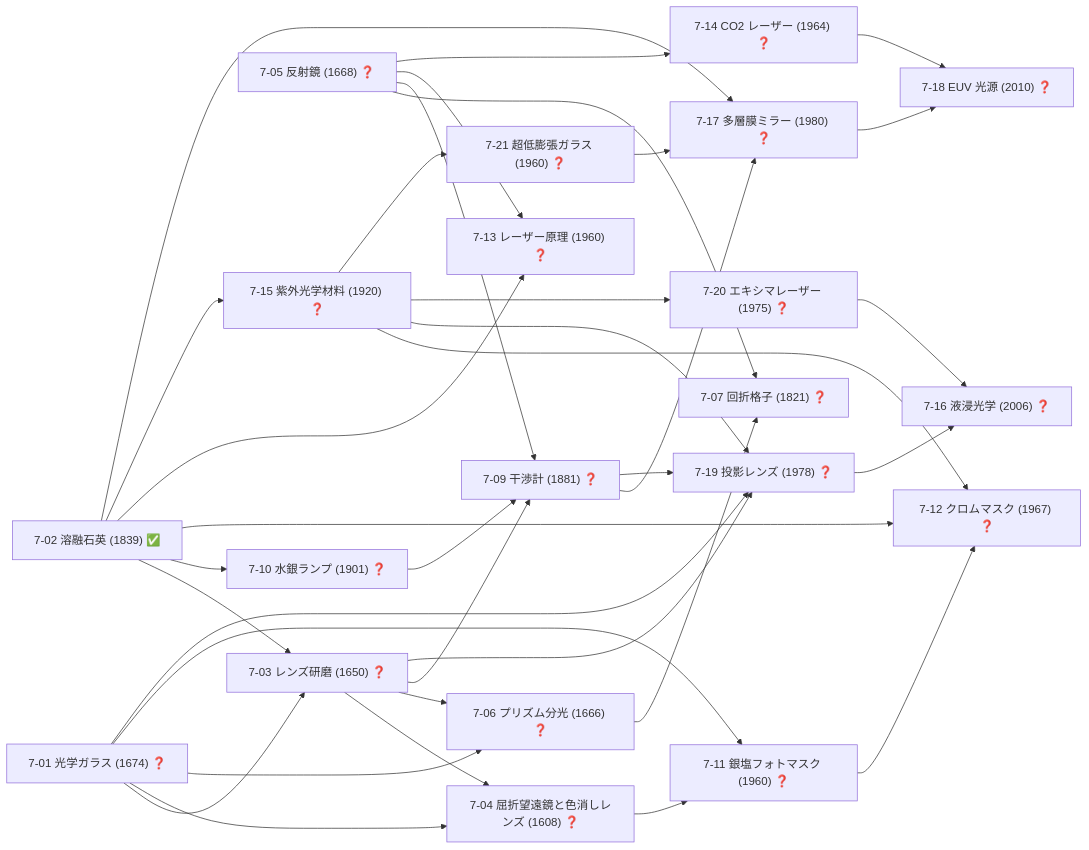
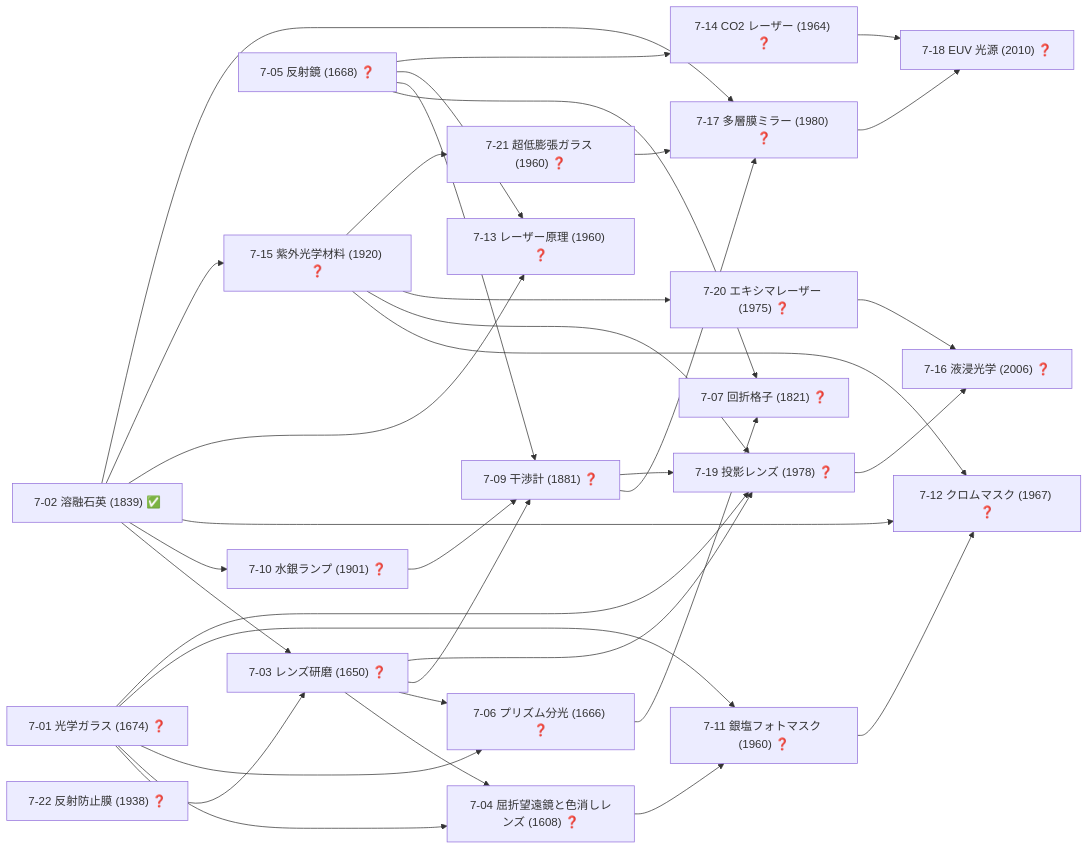
Before and after one commit to taku3i0317-collab/semiconductor-lab: the tenth of 19 diagrams in docs/TECH_TREE_VIEW.md, drawn with Mermaid. The commit also changed other lines of this file and 5 other files, not shown here.

````diff
--- a/docs/TECH_TREE_VIEW.md
+++ b/docs/TECH_TREE_VIEW.md
@@ -460,57 +467,58 @@
 ```mermaid
 graph LR
   n7_01["7-01 光学ガラス (1674) ❓"]
   n7_02["7-02 溶融石英 (1839) ✅"]
   n7_03["7-03 レンズ研磨 (1650) ❓"]
   n7_04["7-04 屈折望遠鏡と色消しレンズ (1608) ❓"]
   n7_05["7-05 反射鏡 (1668) ❓"]
   n7_06["7-06 プリズム分光 (1666) ❓"]
   n7_07["7-07 回折格子 (1821) ❓"]
   n7_09["7-09 干渉計 (1881) ❓"]
   n7_10["7-10 水銀ランプ (1901) ❓"]
   n7_11["7-11 銀塩フォトマスク (1960) ❓"]
   n7_12["7-12 クロムマスク (1967) ❓"]
   n7_13["7-13 レーザー原理 (1960) ❓"]
   n7_14["7-14 CO2 レーザー (1964) ❓"]
   n7_15["7-15 紫外光学材料 (1920) ❓"]
   n7_16["7-16 液浸光学 (2006) ❓"]
   n7_17["7-17 多層膜ミラー (1980) ❓"]
   n7_18["7-18 EUV 光源 (2010) ❓"]
   n7_19["7-19 投影レンズ (1978) ❓"]
   n7_20["7-20 エキシマレーザー (1975) ❓"]
   n7_21["7-21 超低膨張ガラス (1960) ❓"]
+  n7_22["7-22 反射防止膜 (1938) ❓"]
   n7_01-->n7_03
   n7_02-->n7_03
   n7_01-->n7_04
   n7_03-->n7_04
   n7_01-->n7_06
   n7_03-->n7_06
   n7_05-->n7_07
   n7_06-->n7_07
   n7_03-->n7_09
   n7_05-->n7_09
   n7_10-->n7_09
   n7_02-->n7_10
   n7_01-->n7_11
   n7_04-->n7_11
   n7_02-->n7_12
   n7_11-->n7_12
   n7_15-->n7_12
   n7_02-->n7_13
   n7_05-->n7_13
   n7_05-->n7_14
   n7_02-->n7_15
   n7_19-->n7_16
   n7_20-->n7_16
   n7_02-->n7_17
   n7_09-->n7_17
   n7_21-->n7_17
   n7_14-->n7_18
   n7_17-->n7_18
   n7_01-->n7_19
   n7_03-->n7_19
   n7_09-->n7_19
   n7_15-->n7_19
   n7_15-->n7_20
   n7_15-->n7_21
 ```
````
